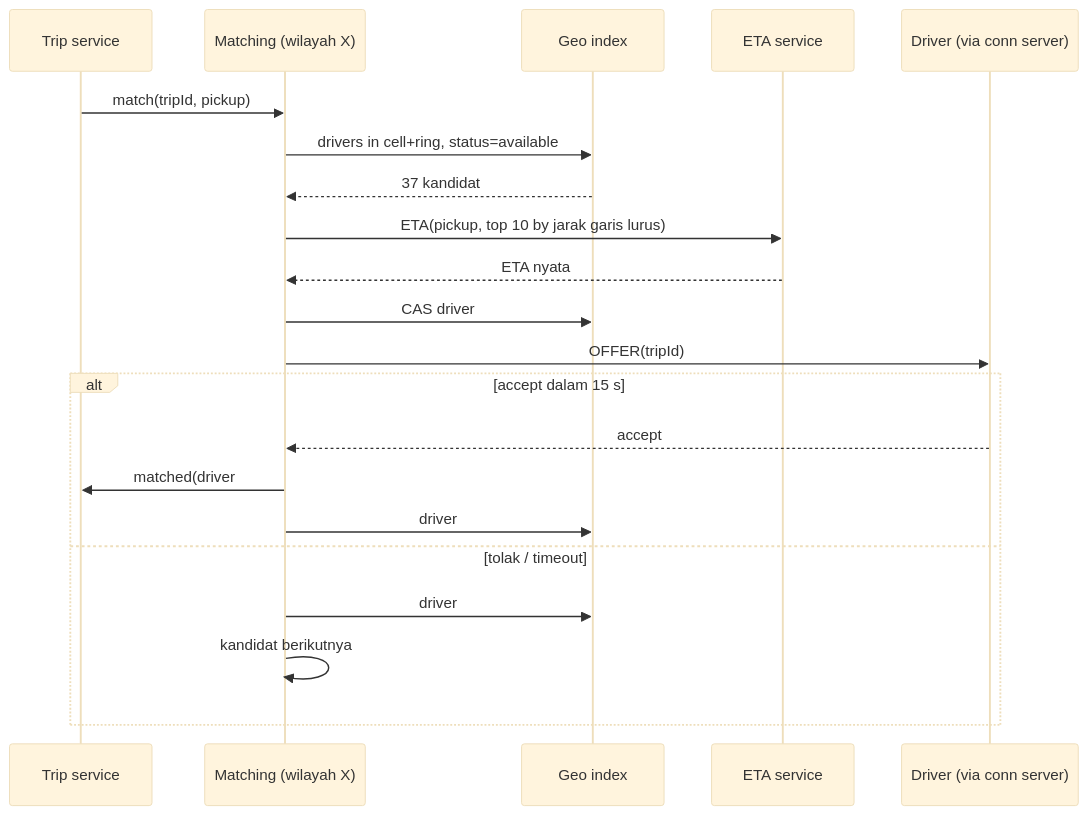
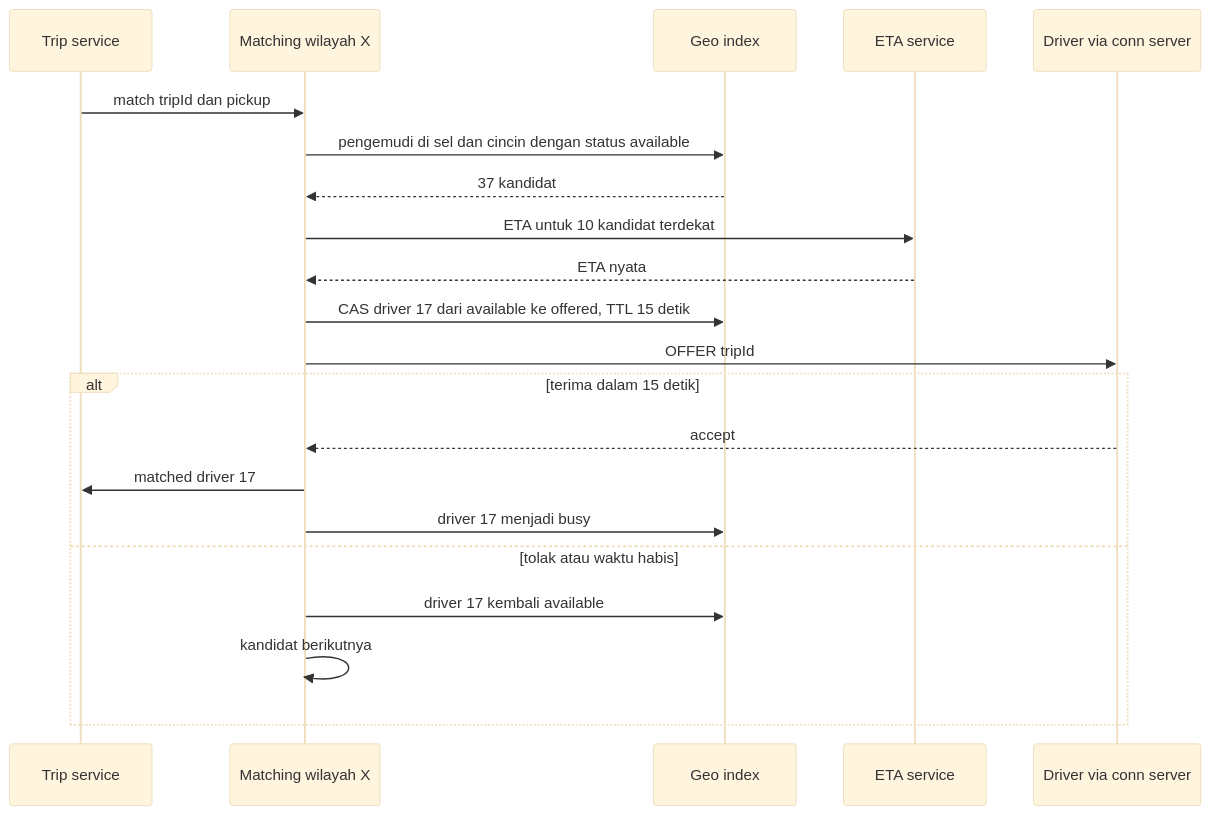
The second of 2 diagrams in src/content/lessons/bagian-3/uber.mdx (andreanpradanaa/sysdesign-lab), drawn with Mermaid (base theme) before and after one commit. The commit also changed other lines of this file and 17 other files, not shown here.

````diff
--- a/src/content/lessons/bagian-3/uber.mdx
+++ b/src/content/lessons/bagian-3/uber.mdx
@@ -188,23 +209,23 @@
 ```mermaid
 sequenceDiagram
   participant T as Trip service
-  participant M as Matching (wilayah X)
+  participant M as Matching wilayah X
   participant G as Geo index
   participant E as ETA service
-  participant D as Driver (via conn server)
-  T->>M: match(tripId, pickup)
-  M->>G: drivers in cell+ring, status=available
+  participant D as Driver via conn server
+  T->>M: match tripId dan pickup
+  M->>G: pengemudi di sel dan cincin dengan status available
   G-->>M: 37 kandidat
-  M->>E: ETA(pickup, top 10 by jarak garis lurus)
+  M->>E: ETA untuk 10 kandidat terdekat
   E-->>M: ETA nyata
-  M->>G: CAS driver#17: available → offered (ttl 15 s)
-  M->>D: OFFER(tripId)
-  alt accept dalam 15 s
+  M->>G: CAS driver 17 dari available ke offered, TTL 15 detik
+  M->>D: OFFER tripId
+  alt terima dalam 15 detik
     D-->>M: accept
-    M->>T: matched(driver#17)
-    M->>G: driver#17 → busy
-  else tolak / timeout
-    M->>G: driver#17 → available
+    M->>T: matched driver 17
+    M->>G: driver 17 menjadi busy
+  else tolak atau waktu habis
+    M->>G: driver 17 kembali available
     M->>M: kandidat berikutnya
   end
 ```
````
